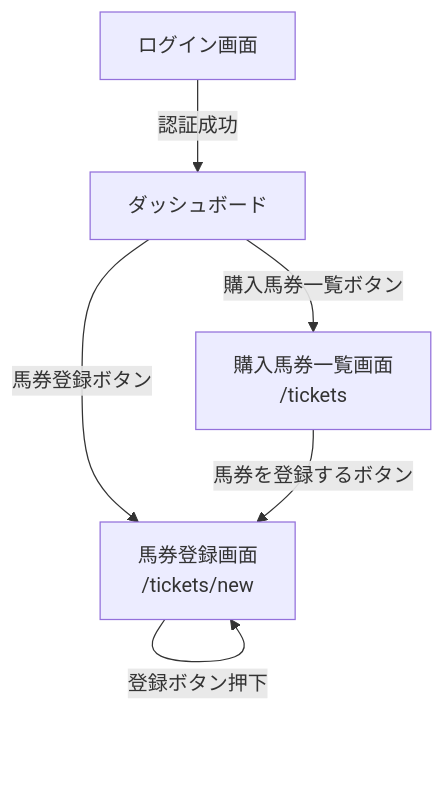
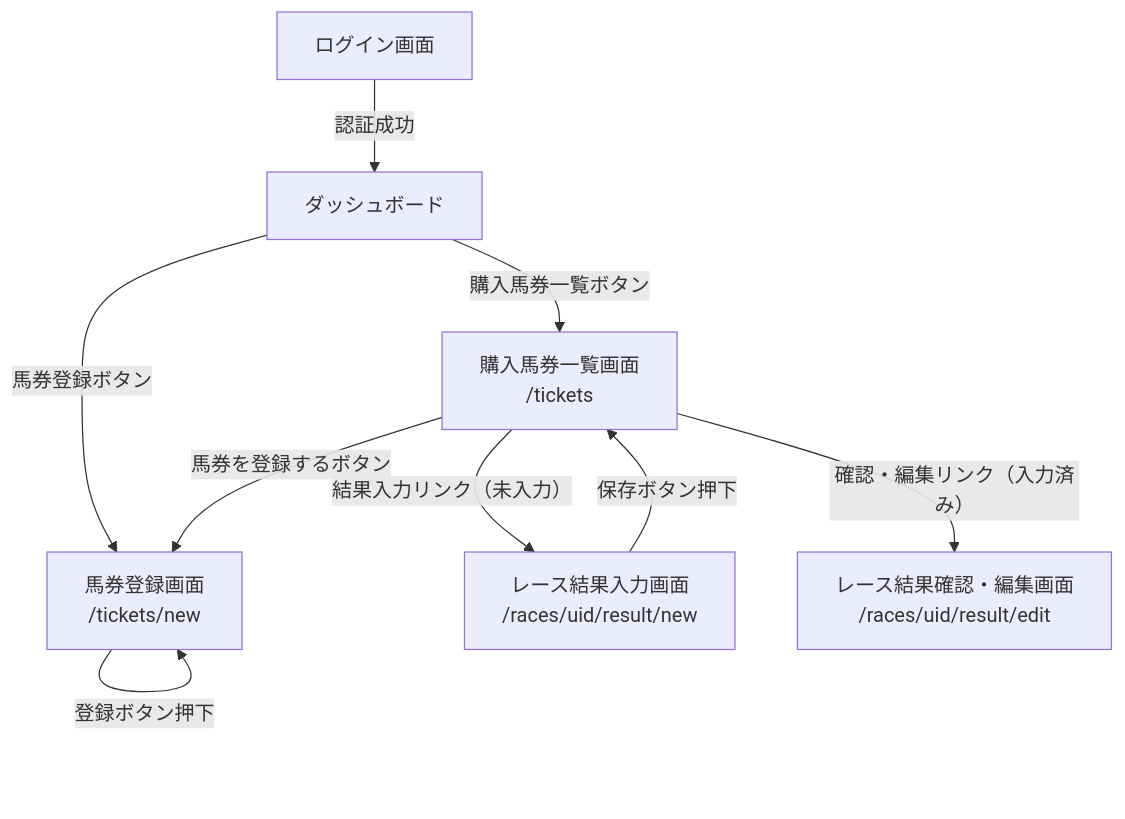
Before and after one commit to nakajima97/keiba-db-gen2: the diagram in docs/specs/screen-transition.md, drawn with Mermaid. The commit also changed 12 other files, not shown here.

````diff
--- a/docs/specs/screen-transition.md
+++ b/docs/specs/screen-transition.md
@@ -3,8 +3,11 @@
 ```mermaid
 flowchart TD
     Login[ログイン画面] -->|認証成功| Dashboard[ダッシュボード]
     Dashboard -->|馬券登録ボタン| TicketsNew[馬券登録画面\n/tickets/new]
     TicketsNew -->|登録ボタン押下| TicketsNew
     Dashboard -->|購入馬券一覧ボタン| TicketsIndex[購入馬券一覧画面\n/tickets]
     TicketsIndex -->|馬券を登録するボタン| TicketsNew
+    TicketsIndex -->|結果入力リンク（未入力）| RaceResultNew[レース結果入力画面\n/races/uid/result/new]
+    TicketsIndex -->|確認・編集リンク（入力済み）| RaceResultEdit[レース結果確認・編集画面\n/races/uid/result/edit]
+    RaceResultNew -->|保存ボタン押下| TicketsIndex
 ```
````
